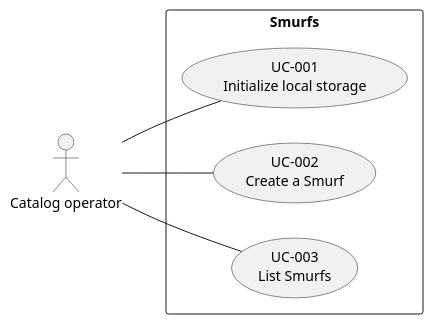
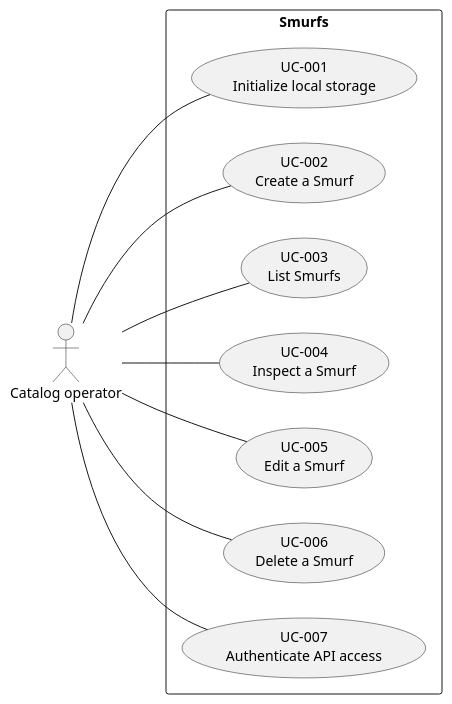
The diagram in docs/requirements/diagrams/use-cases.puml (EbbeMeloSorensen/Smurfs), drawn with PlantUML before and after one commit. The commit also changed 21 other files, not shown here.

Commit message:
Reconcile requirements, diagrams, and test evidence with current Smurf workflows

```diff
--- a/docs/requirements/diagrams/use-cases.puml
+++ b/docs/requirements/diagrams/use-cases.puml
@@ -1,12 +1,20 @@
 @startuml
 left to right direction
 actor "Catalog operator" as Operator
 rectangle "Smurfs" {
   usecase "UC-001\nInitialize local storage" as Initialize
   usecase "UC-002\nCreate a Smurf" as Create
   usecase "UC-003\nList Smurfs" as List
+  usecase "UC-004\nInspect a Smurf" as Details
+  usecase "UC-005\nEdit a Smurf" as Edit
+  usecase "UC-006\nDelete a Smurf" as Delete
+  usecase "UC-007\nAuthenticate API access" as Authenticate
 }
 Operator -- Initialize
 Operator -- Create
 Operator -- List
+Operator -- Details
+Operator -- Edit
+Operator -- Delete
+Operator -- Authenticate
 @enduml
```
